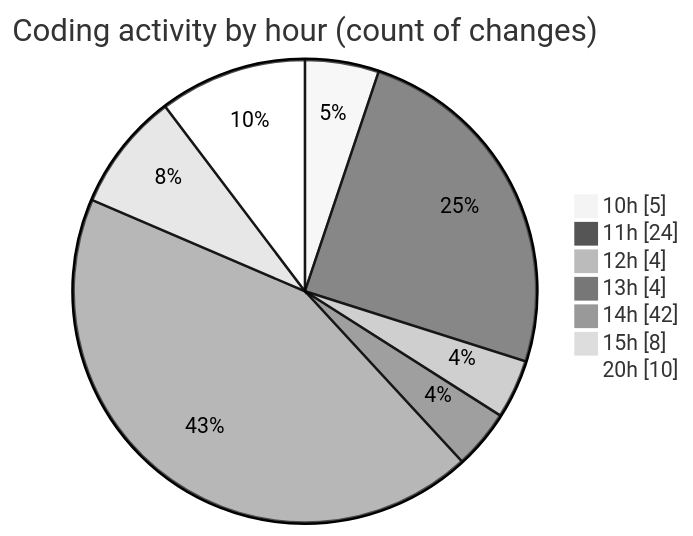
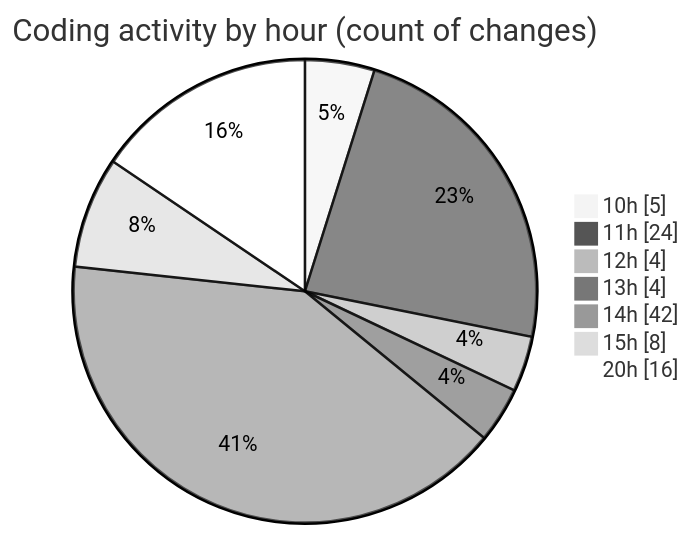
One commit to momahboobian/code-tracking changed the second of 2 diagrams in 2026-09-09/cda/README.md. Above: the diagram before and after it, drawn with Mermaid (neutral theme). The commit also changed other lines of this file and 1 other file, not shown here.

````diff
--- a/2026-09-09/cda/README.md
+++ b/2026-09-09/cda/README.md
@@ -44,11 +44,11 @@
 ```mermaid
 pie showData
 title Coding activity by hour (count of changes)
 "10h" : 5
 "11h" : 24
 "12h" : 4
 "13h" : 4
 "14h" : 42
 "15h" : 8
-"20h" : 10
+"20h" : 16
 ```
````
